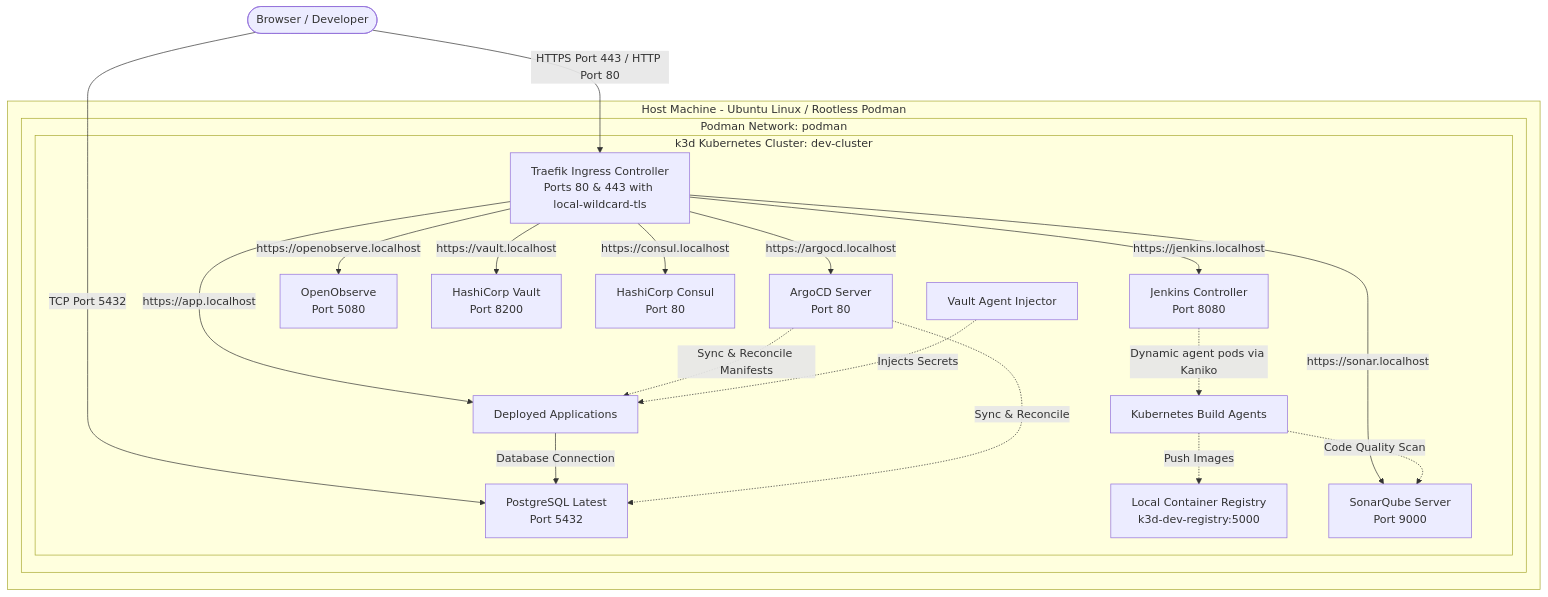
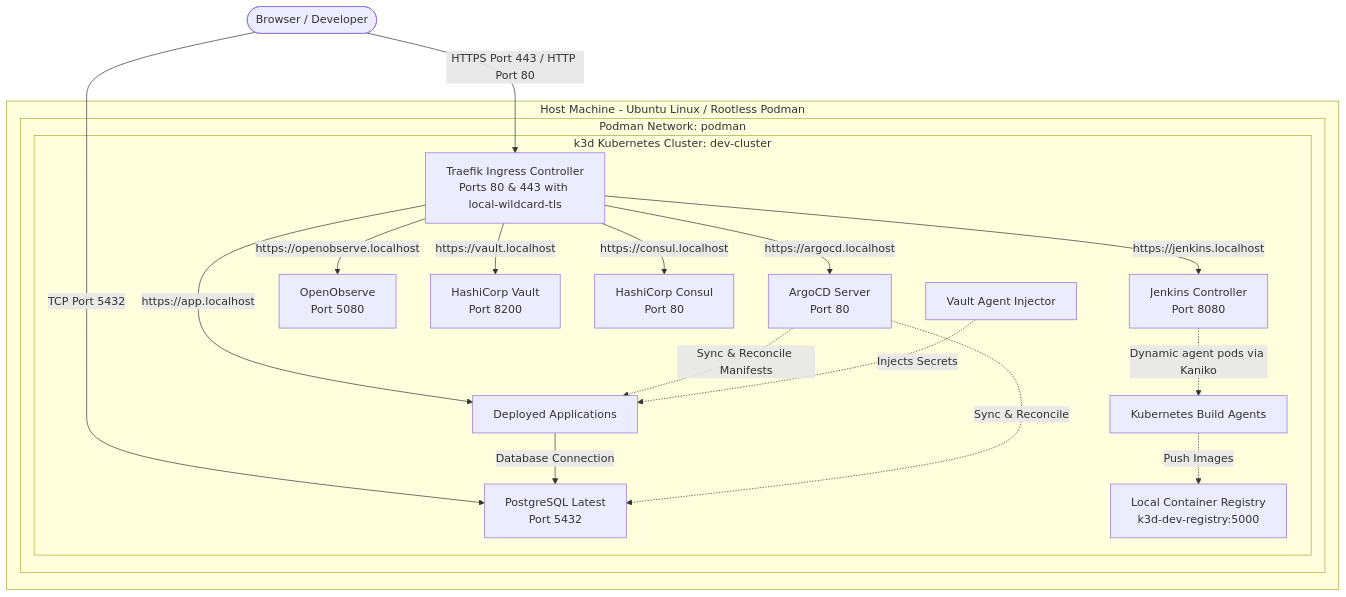
The diagram in docs/SETUP_GUIDE.md (edmaputra/ed-devops), drawn with Mermaid before and after one commit. The commit also changed other lines of this file and 12 other files, not shown here.

Commit message:
refactor: remove SonarQube, optimize agent image registry, and improve startup reliability

````diff
--- a/docs/SETUP_GUIDE.md
+++ b/docs/SETUP_GUIDE.md
@@ -9,31 +9,29 @@
 ```mermaid
 graph TD
     User([Browser / Developer]) -->|HTTPS Port 443 / HTTP Port 80| Traefik[Traefik Ingress Controller<br/>Ports 80 & 443 with local-wildcard-tls]
     User -->|TCP Port 5432| Postgres[PostgreSQL Latest<br/>Port 5432]
     
     subgraph Host [Host Machine - Ubuntu Linux / Rootless Podman]
         subgraph PodmanNet [Podman Network: podman]
             Reg[Local Container Registry<br/>k3d-dev-registry:5000]
             
             subgraph K3sCluster [k3d Kubernetes Cluster: dev-cluster]
                 Traefik -->|https://jenkins.localhost| Jenkins[Jenkins Controller<br/>Port 8080]
                 Traefik -->|https://argocd.localhost| ArgoCD[ArgoCD Server<br/>Port 80]
-                Traefik -->|https://sonar.localhost| SonarQube[SonarQube Server<br/>Port 9000]
                 Traefik -->|https://openobserve.localhost| OpenObserve[OpenObserve<br/>Port 5080]
                 Traefik -->|https://vault.localhost| Vault[HashiCorp Vault<br/>Port 8200]
                 Traefik -->|https://consul.localhost| Consul[HashiCorp Consul<br/>Port 80]
                 Traefik -->|https://app.localhost| Apps[Deployed Applications]
                 
                 Apps -->|Database Connection| Postgres
                 
                 Jenkins -.->|Dynamic agent pods via Kaniko| K8sAgents[Kubernetes Build Agents]
-                K8sAgents -.->|Code Quality Scan| SonarQube
                 K8sAgents -.->|Push Images| Reg
                 
                 ArgoCD -.->|Sync & Reconcile Manifests| Apps
                 ArgoCD -.->|Sync & Reconcile| Postgres
                 VaultInjector[Vault Agent Injector] -.->|Injects Secrets| Apps
             end
         end
     end
 ```
````
